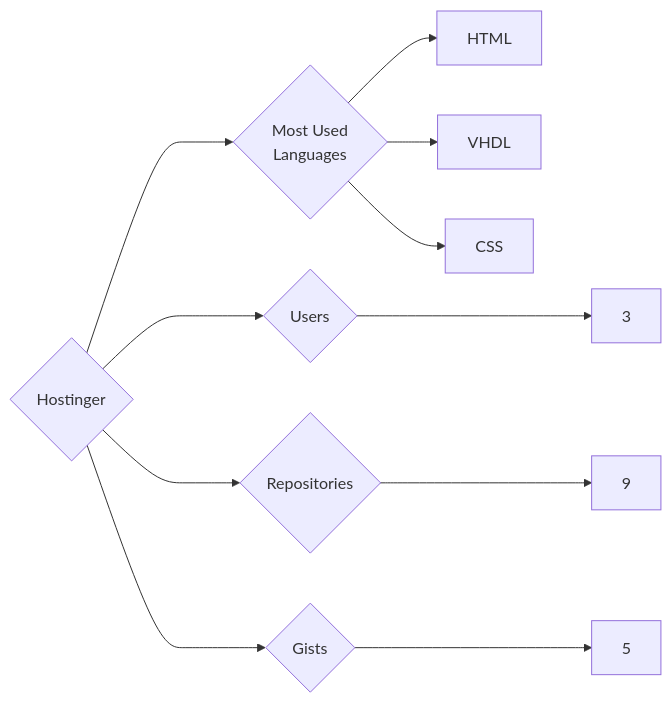
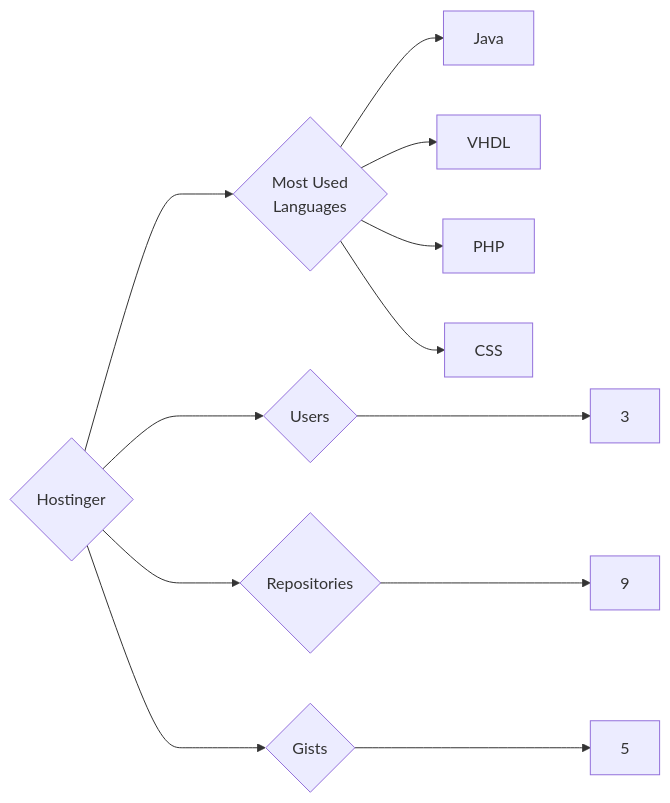
One commit to trickest/insiders changed the diagram in targets/Hostinger/README.md. Above: the diagram before and after it, drawn with Mermaid. The commit also changed 1088 other files, not shown here.

````diff
--- a/targets/Hostinger/README.md
+++ b/targets/Hostinger/README.md
@@ -3,11 +3,12 @@
 ```mermaid
 graph LR
 COMPANY_NAME{Hostinger}
 COMPANY_NAME ---> U{Users} ---> UN[3]
 COMPANY_NAME ---> R{Repositories} ---> RN[9]
 COMPANY_NAME ---> G{Gists} ---> GN[5]
 COMPANY_NAME ---> ML{Most Used<br>Languages}
-ML --> HTML[HTML]
+ML --> Java[Java]
 ML --> VHDL[VHDL]
+ML --> PHP[PHP]
 ML --> CSS[CSS]
 ```
````
